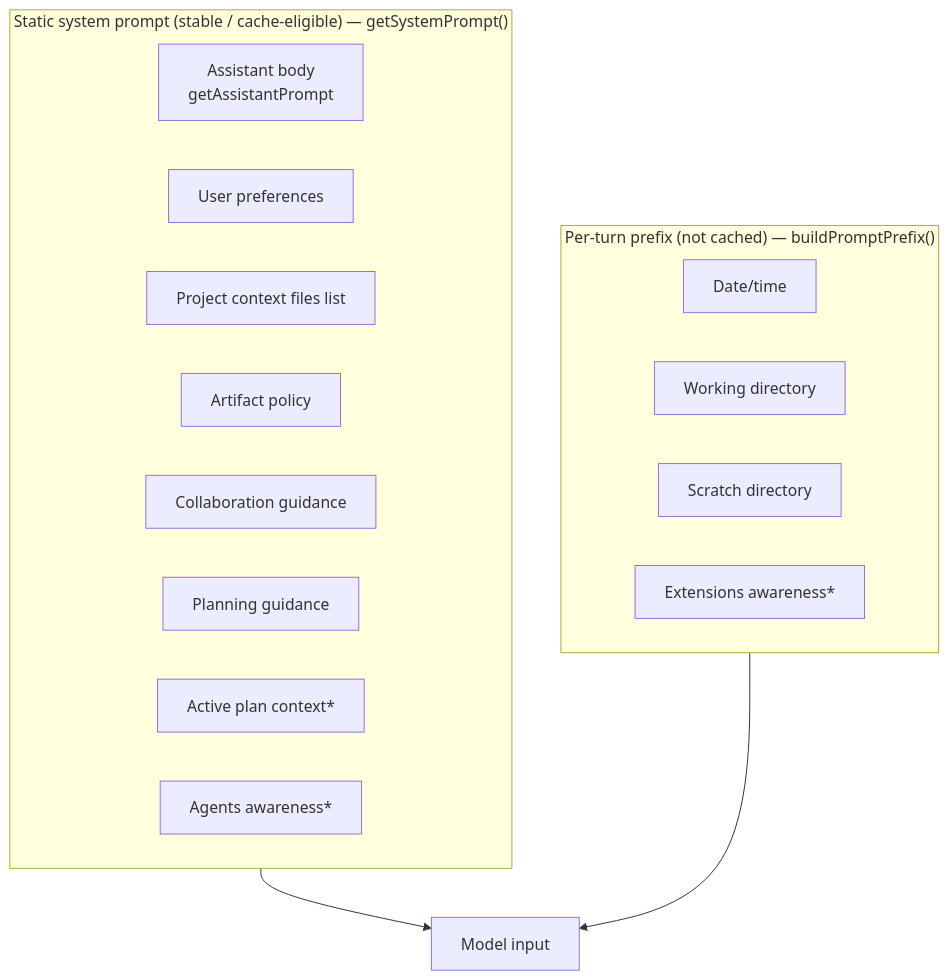
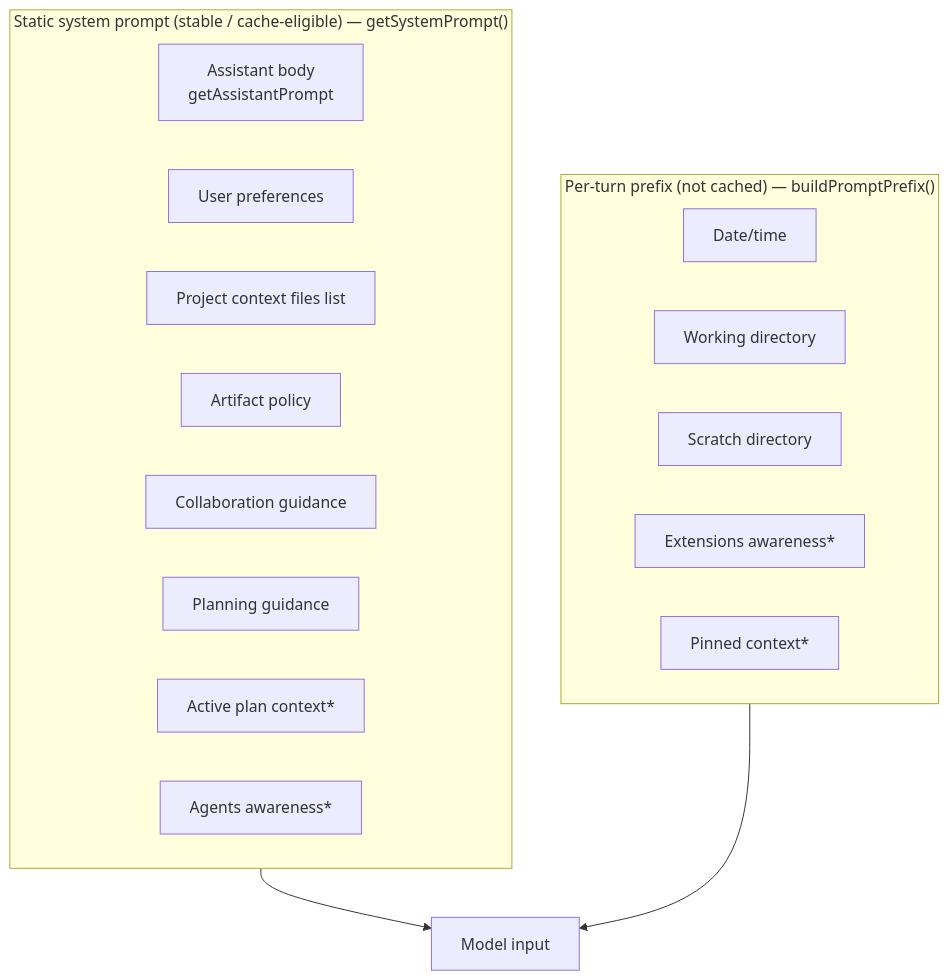
One commit to thehope2k/minimalist-agent changed the diagram in docs/SYSTEM-PROMPT.md. Above: the diagram before and after it, drawn with Mermaid. The commit also changed other lines of this file and 49 other files, not shown here.

````diff
--- a/docs/SYSTEM-PROMPT.md
+++ b/docs/SYSTEM-PROMPT.md
@@ -37,21 +37,22 @@
 ```mermaid
 graph TD
     subgraph STATIC["Static system prompt (stable / cache-eligible) — getSystemPrompt()"]
         BODY[Assistant body<br/>getAssistantPrompt]
         PREFS[User preferences]
         CTX[Project context files list]
         ART[Artifact policy]
         COLLAB[Collaboration guidance]
         PLAN[Planning guidance]
         PLANCTX[Active plan context*]
         AGENTS[Agents awareness*]
     end
     subgraph TURN["Per-turn prefix (not cached) — buildPromptPrefix()"]
         DT[Date/time]
         WD[Working directory]
         SCRATCH[Scratch directory]
         EXT[Extensions awareness*]
+        PINNED[Pinned context*]
     end
     STATIC --> MSG[Model input]
     TURN --> MSG
 ```
````
